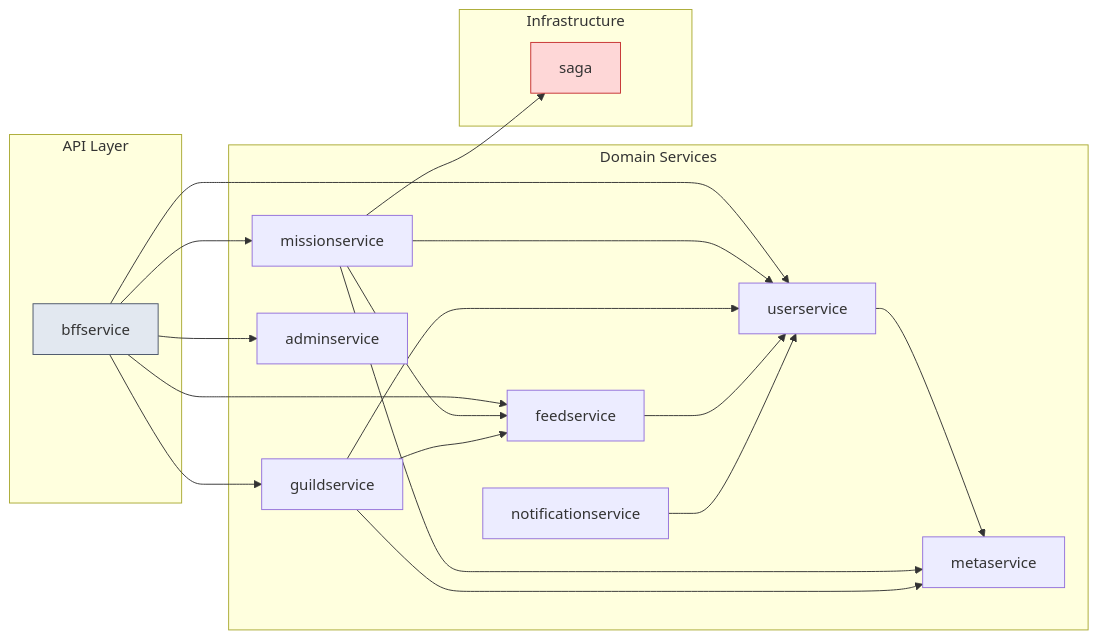
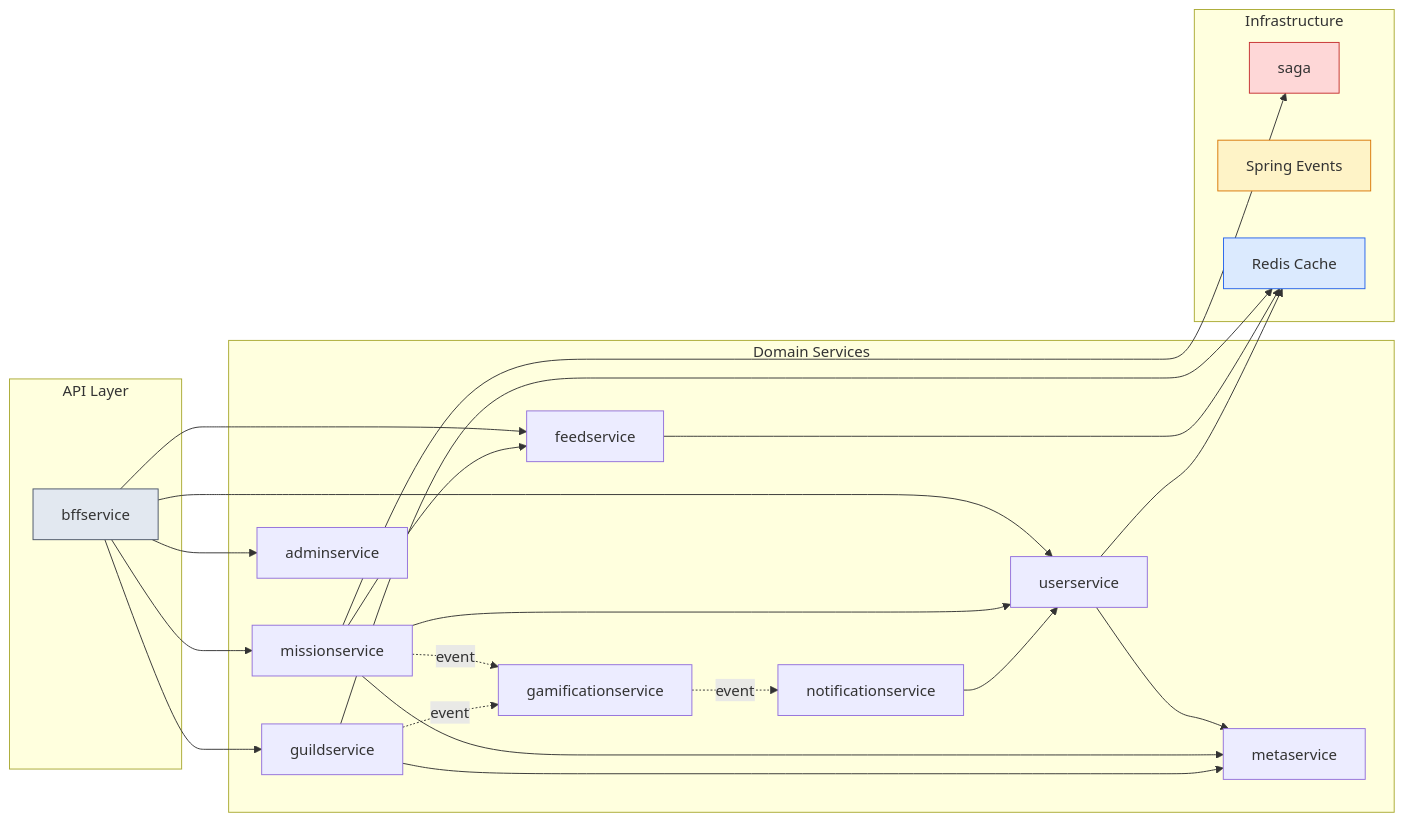
The second of 4 diagrams in README.md (Level-Up-Together/level-up-together-mvp), drawn with Mermaid before and after one commit. The commit also changed other lines of this file and 1 other file, not shown here.

````diff
--- a/README.md
+++ b/README.md
@@ -117,44 +122,53 @@
 ```mermaid
 graph LR
     subgraph "API Layer"
         BFF["bffservice"]
     end
 
     subgraph "Domain Services"
         USER["userservice"]
         MISSION["missionservice"]
         GUILD["guildservice"]
         FEED["feedservice"]
         NOTIF["notificationservice"]
         ADMIN["adminservice"]
         META["metaservice"]
+        GAMIF["gamificationservice"]
     end
 
     subgraph "Infrastructure"
         SAGA["saga"]
+        EVENTS["Spring Events"]
+        CACHE["Redis Cache"]
     end
 
     BFF --> USER
     BFF --> MISSION
     BFF --> GUILD
     BFF --> FEED
     BFF --> ADMIN
 
     MISSION --> USER
     MISSION --> FEED
     MISSION --> SAGA
+    MISSION -.->|event| GAMIF
 
-    GUILD --> USER
-    GUILD --> FEED
+    GUILD -.->|event| GAMIF
+    GUILD --> CACHE
 
-    FEED --> USER
+    FEED --> CACHE
 
     NOTIF --> USER
 
     USER --> META
+    USER --> CACHE
     MISSION --> META
     GUILD --> META
 
+    GAMIF -.->|event| NOTIF
+
     style BFF fill:#e2e8f0,stroke:#4a5568
     style SAGA fill:#fed7d7,stroke:#c53030
+    style EVENTS fill:#fef3c7,stroke:#d97706
+    style CACHE fill:#dbeafe,stroke:#2563eb
 ```
````
